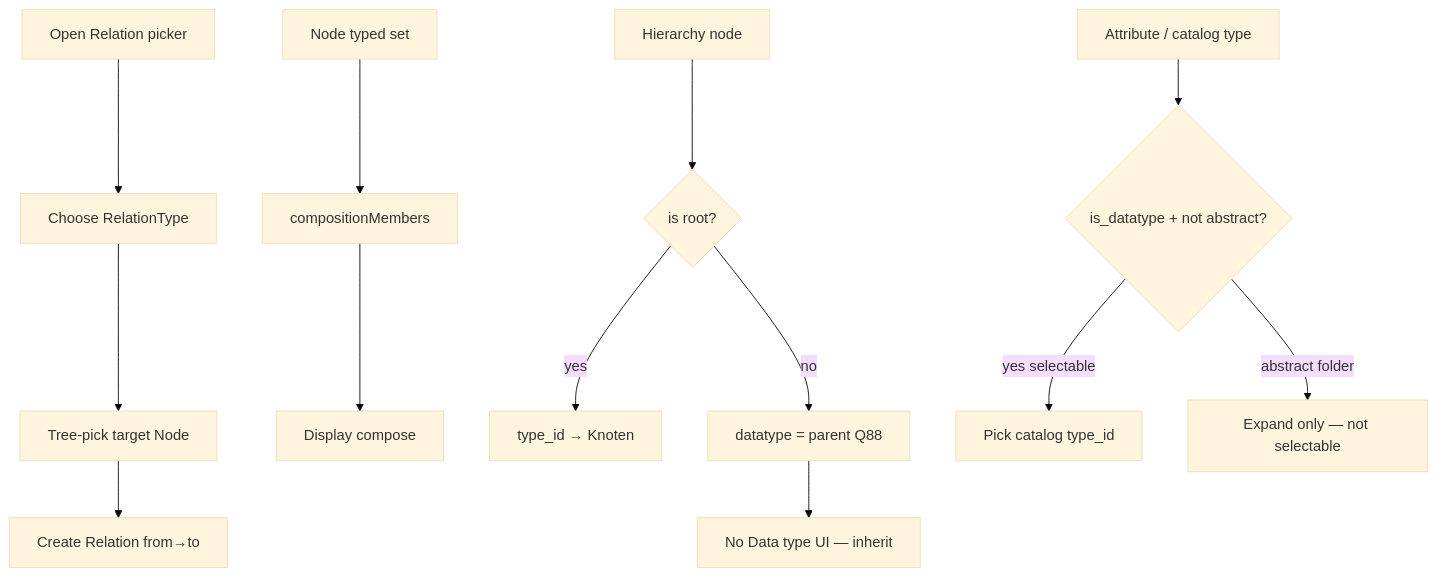
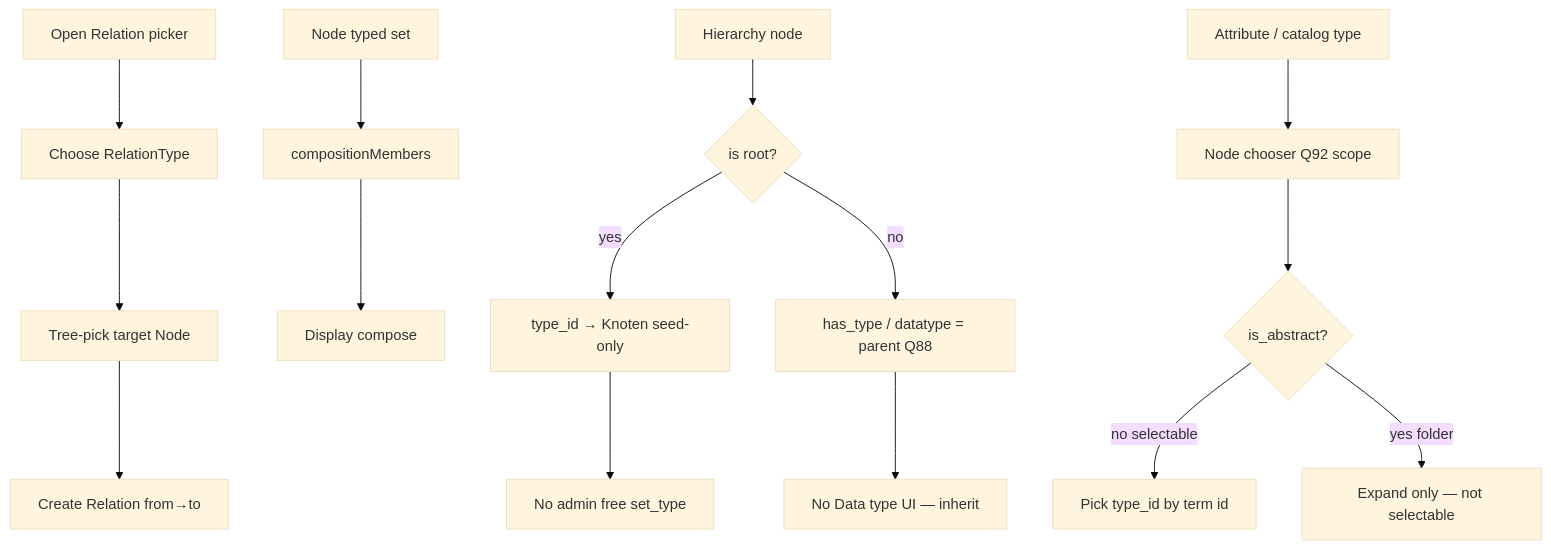
Before and after one commit to sfambach/wp-taxonomy-modeler: the seventh of 8 diagrams in docs/plans/data-structure.md, drawn with Mermaid (base theme). The commit also changed other lines of this file and 79 other files, not shown here.

````diff
--- a/docs/plans/data-structure.md
+++ b/docs/plans/data-structure.md
@@ -1124,15 +1127,17 @@
 ```mermaid
 flowchart TD
   A[Open Relation picker] --> B[Choose RelationType]
   B --> C[Tree-pick target Node]
   C --> D[Create Relation from→to]
   E[Node typed set] --> F[compositionMembers]
   F --> G[Display compose]
   R[Hierarchy node] --> S{is root?}
-  S -->|yes| T[type_id → Knoten]
-  S -->|no| U[datatype = parent Q88]
+  S -->|yes| T[type_id → Knoten seed-only]
+  S -->|no| U[has_type / datatype = parent Q88]
   U --> V[No Data type UI — inherit]
-  H[Attribute / catalog type] --> I{is_datatype + not abstract?}
-  I -->|yes selectable| M[Pick catalog type_id]
-  I -->|abstract folder| N[Expand only — not selectable]
+  T --> W[No admin free set_type]
+  H[Attribute / catalog type] --> I[Node chooser Q92 scope]
+  I --> J{is_abstract?}
+  J -->|no selectable| M[Pick type_id by term id]
+  J -->|yes folder| N[Expand only — not selectable]
 ```
````
